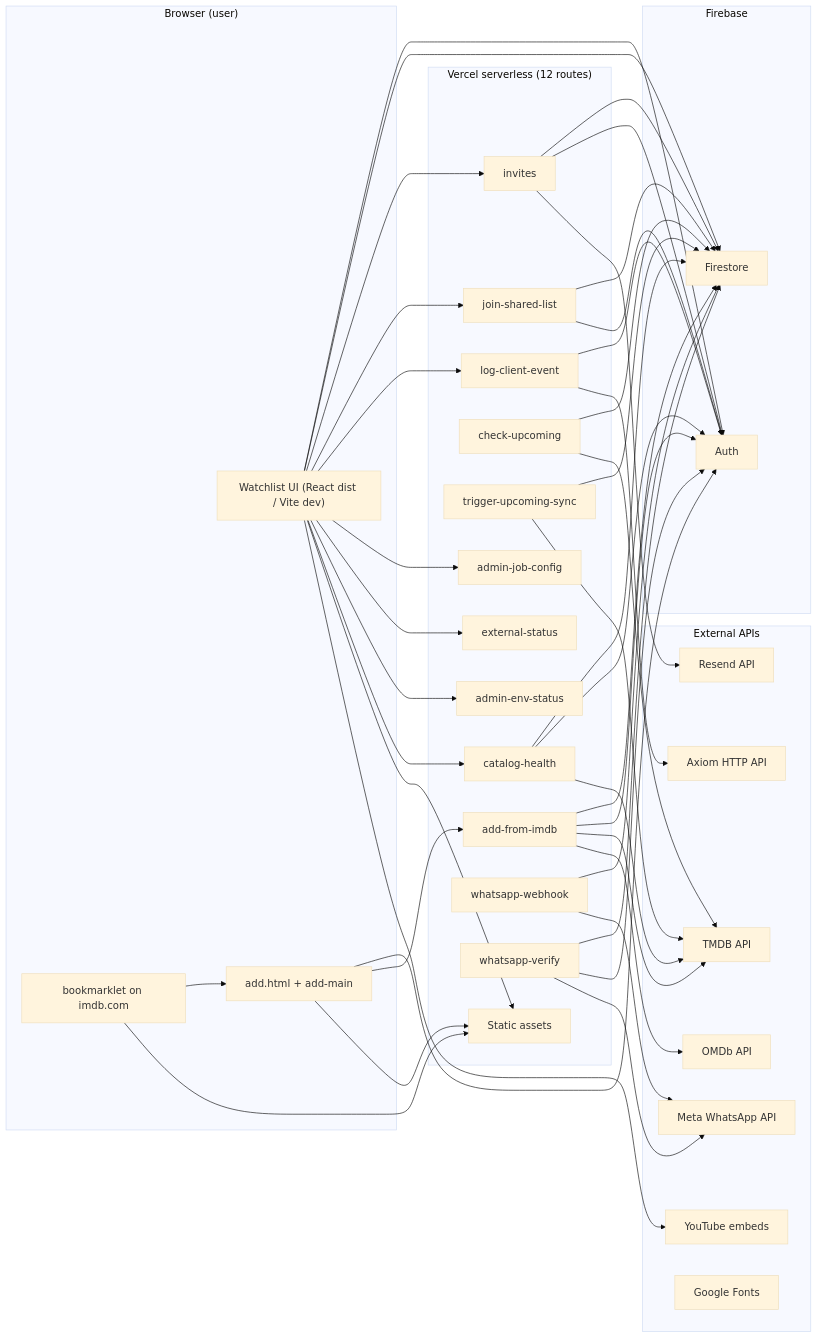
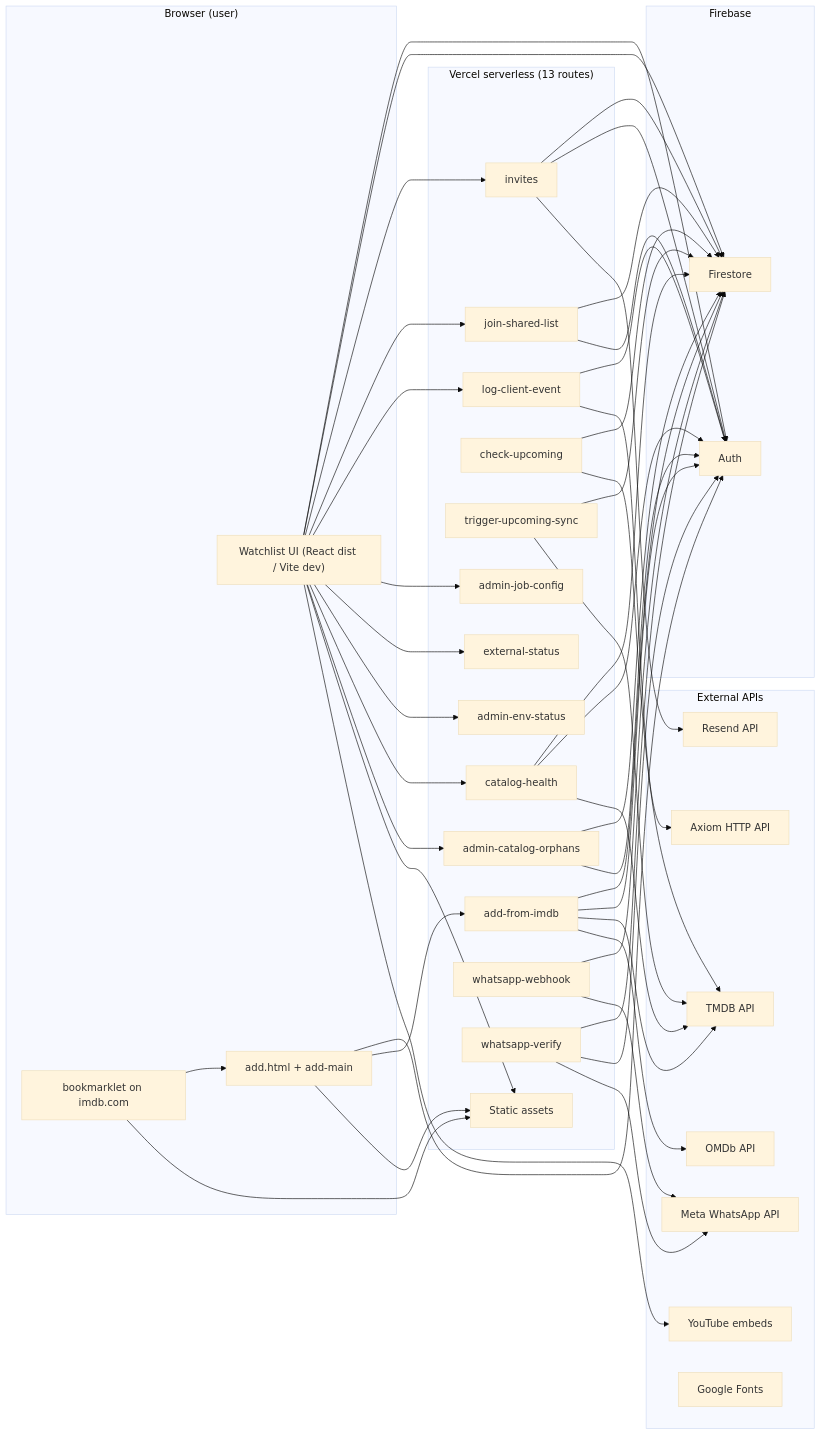
Before and after one commit to maulbogat/watchlist-app: the first of 5 diagrams in system-design.md, drawn with Mermaid (base theme). The commit also changed other lines of this file and 10 other files, not shown here.

First line of the commit message:
Add catalog orphan scan: admin API, UI, scripts, and docs

````diff
--- a/system-design.md
+++ b/system-design.md
@@ -468,7 +469,7 @@
     BM["bookmarklet on imdb.com"]
   end
 
-  subgraph VercelAPI["Vercel serverless (12 routes)"]
+  subgraph VercelAPI["Vercel serverless (13 routes)"]
     API_ADD["add-from-imdb"]
     API_JOIN["join-shared-list"]
     API_INV["invites"]
@@ -479,6 +480,7 @@
     API_ENV["admin-env-status"]
     API_EXT["external-status"]
     API_CAT["catalog-health"]
+    API_ORPH["admin-catalog-orphans"]
     API_WA_HOOK["whatsapp-webhook"]
     API_WA_VER["whatsapp-verify"]
     Static["Static assets"]
@@ -508,6 +510,7 @@
   SPA --> API_EXT
   SPA --> API_ENV
   SPA --> API_CAT
+  SPA --> API_ORPH
   ADD --> FA
   ADD --> API_ADD
   BM --> ADD
@@ -538,6 +541,8 @@
   API_CAT --> FS
   API_CAT --> FA
   API_CAT --> TMDB
+  API_ORPH --> FS
+  API_ORPH --> FA
 
   SPA --> YT
 ```
````
